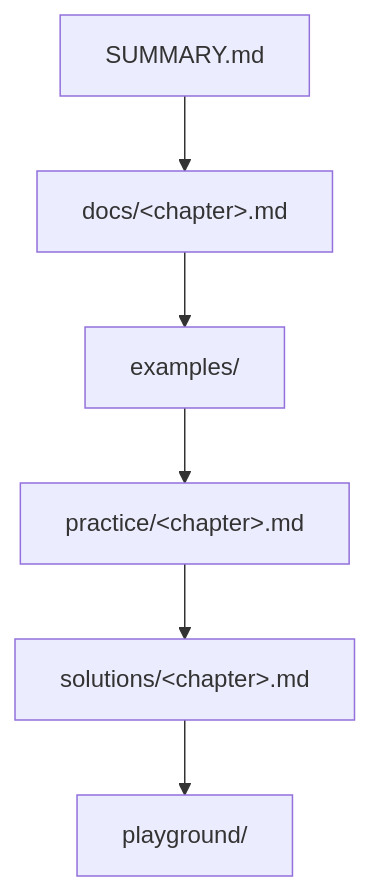
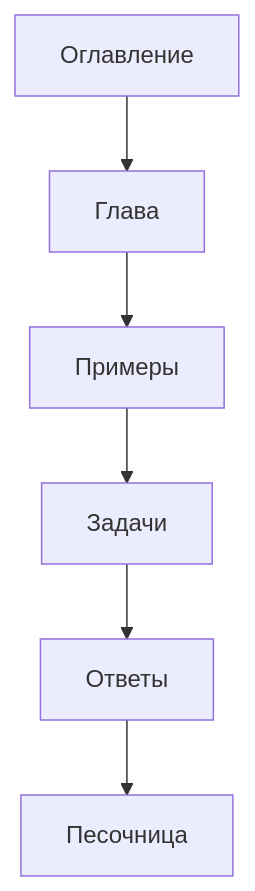
Before and after one commit to Bimba333/qa-js-ts-cookbook: diagram 23 of 25 in docs/00-introduction/03-course-structure.md, drawn with Mermaid. The commit also changed other lines of this file and 5 other files, not shown here.

````diff
--- a/docs/00-introduction/03-course-structure.md
+++ b/docs/00-introduction/03-course-structure.md
@@ -793,14 +793,14 @@
 ```mermaid
 flowchart TD
-    N1["SUMMARY.md"]
-    N2["docs/&lt;chapter&gt;.md"]
-    N3["examples/"]
-    N4["practice/&lt;chapter&gt;.md"]
-    N5["solutions/&lt;chapter&gt;.md"]
-    N6["playground/"]
+    N1["Оглавление"]
+    N2["Глава"]
+    N3["Примеры"]
+    N4["Задачи"]
+    N5["Ответы"]
+    N6["Песочница"]
     N1 --> N2
     N2 --> N3
     N3 --> N4
     N4 --> N5
     N5 --> N6
 ```
````
